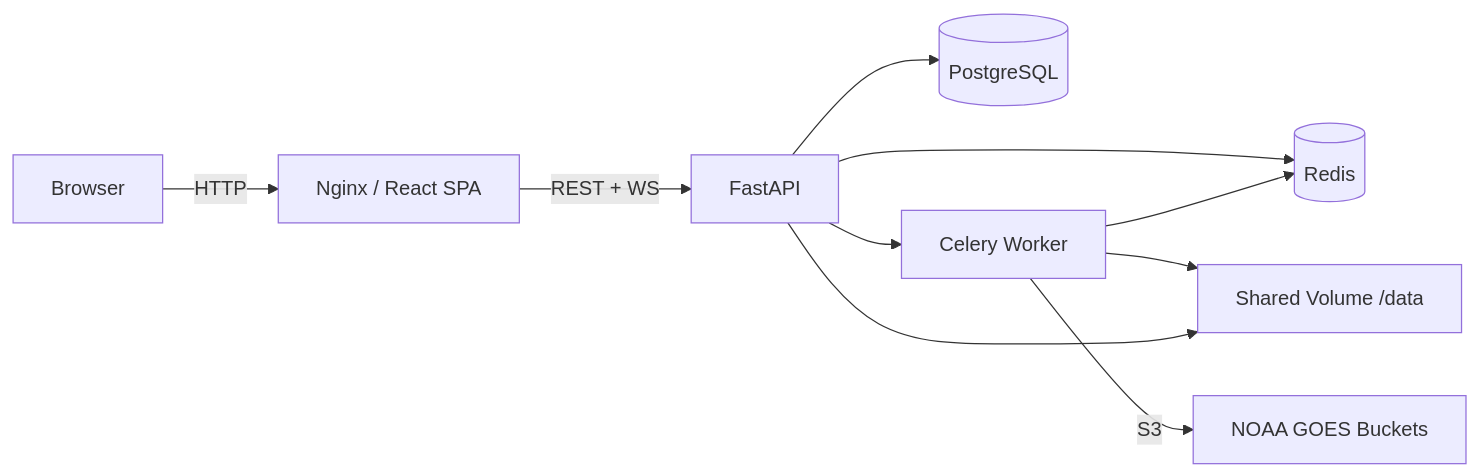
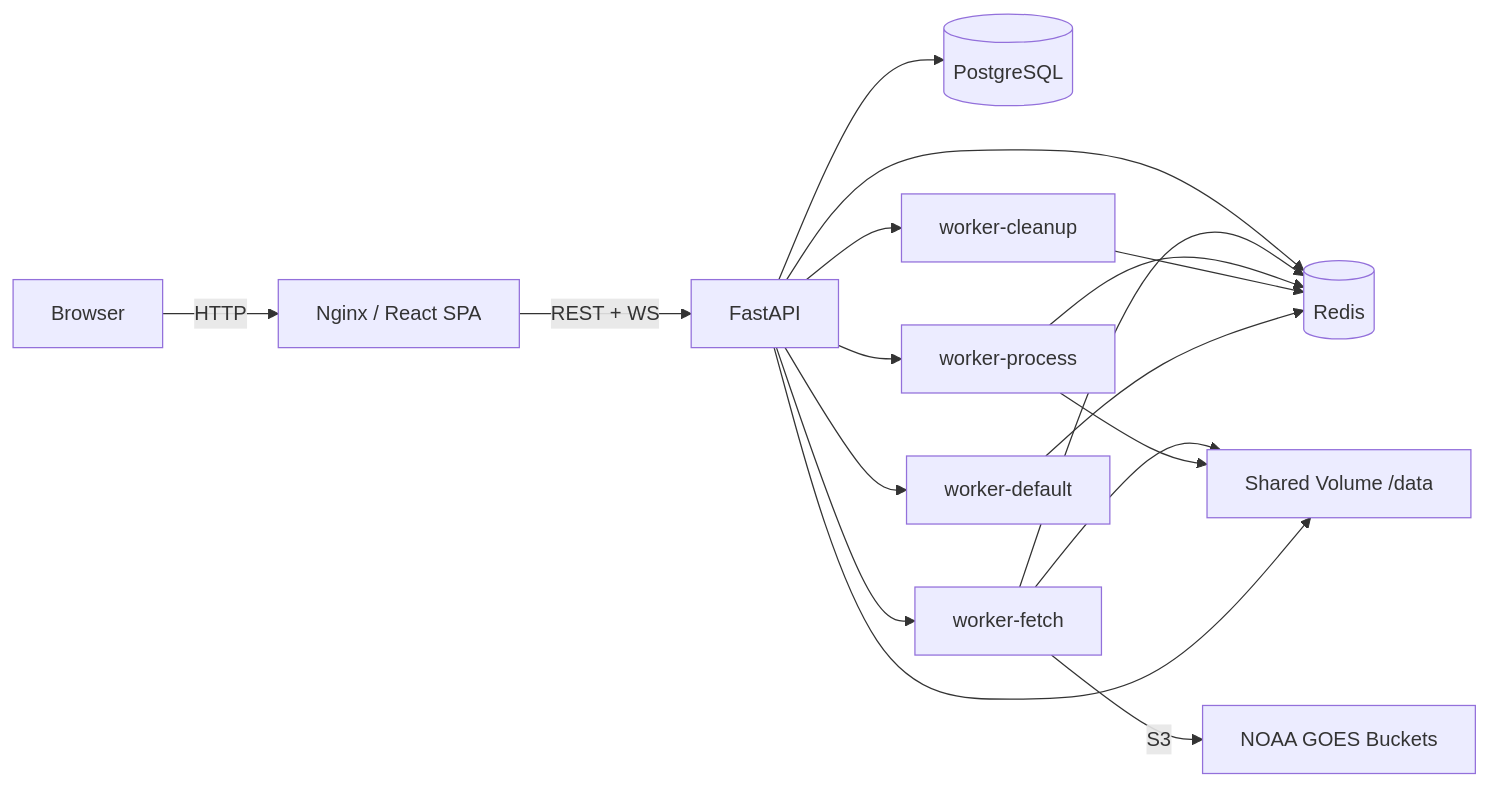
Before and after one commit to jtn0123/satellite_processor: the diagram in README.md, drawn with Mermaid. The commit also changed other lines of this file and 10 other files, not shown here.

````diff
--- a/README.md
+++ b/README.md
@@ -9,12 +9,19 @@
 ```mermaid
 graph LR
     Browser -->|HTTP| Nginx[Nginx / React SPA]
     Nginx -->|REST + WS| API[FastAPI]
     API --> DB[(PostgreSQL)]
     API --> Redis[(Redis)]
-    API --> Worker[Celery Worker]
-    Worker --> Redis
-    Worker --> Volume[Shared Volume /data]
+    API --> WorkerFetch[worker-fetch]
+    API --> WorkerProcess[worker-process]
+    API --> WorkerCleanup[worker-cleanup]
+    API --> WorkerDefault[worker-default]
+    WorkerFetch --> Redis
+    WorkerProcess --> Redis
+    WorkerCleanup --> Redis
+    WorkerDefault --> Redis
+    WorkerFetch --> Volume[Shared Volume /data]
+    WorkerProcess --> Volume
     API --> Volume
-    Worker -->|S3| NOAA[NOAA GOES Buckets]
+    WorkerFetch -->|S3| NOAA[NOAA GOES Buckets]
 ```
````
